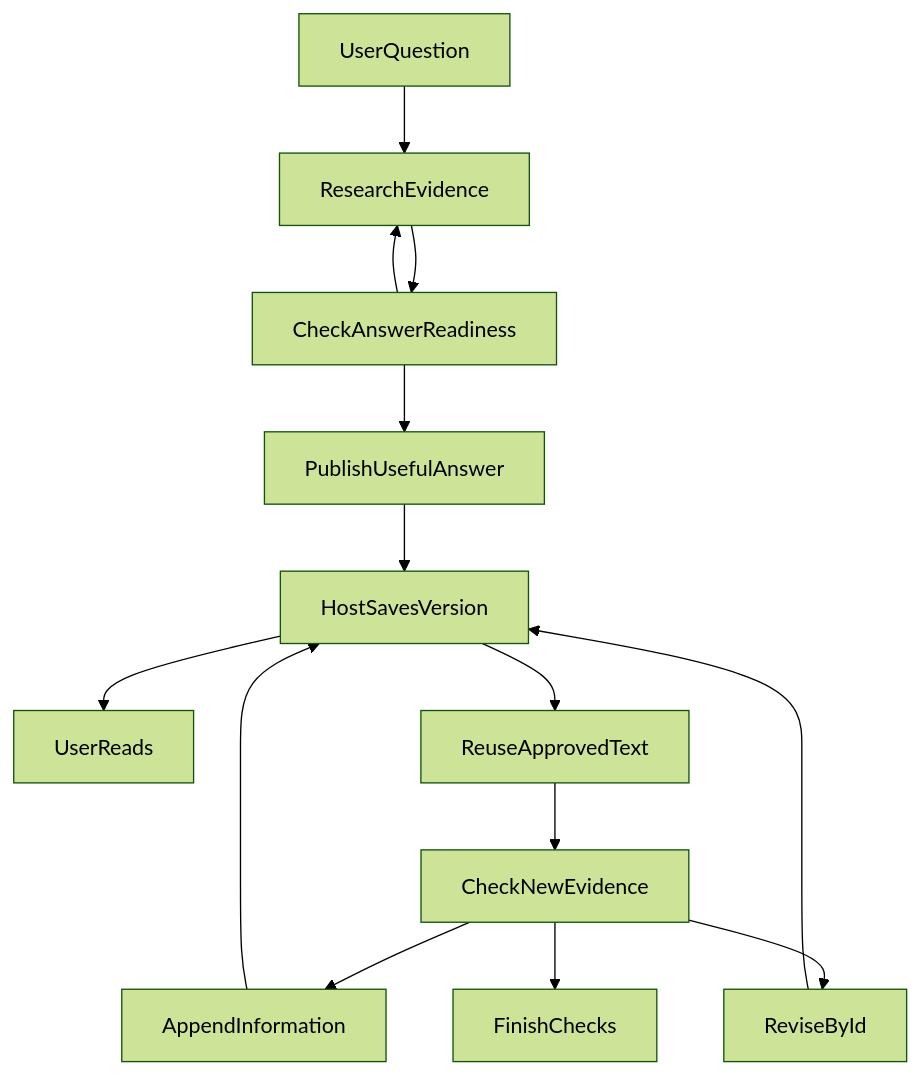
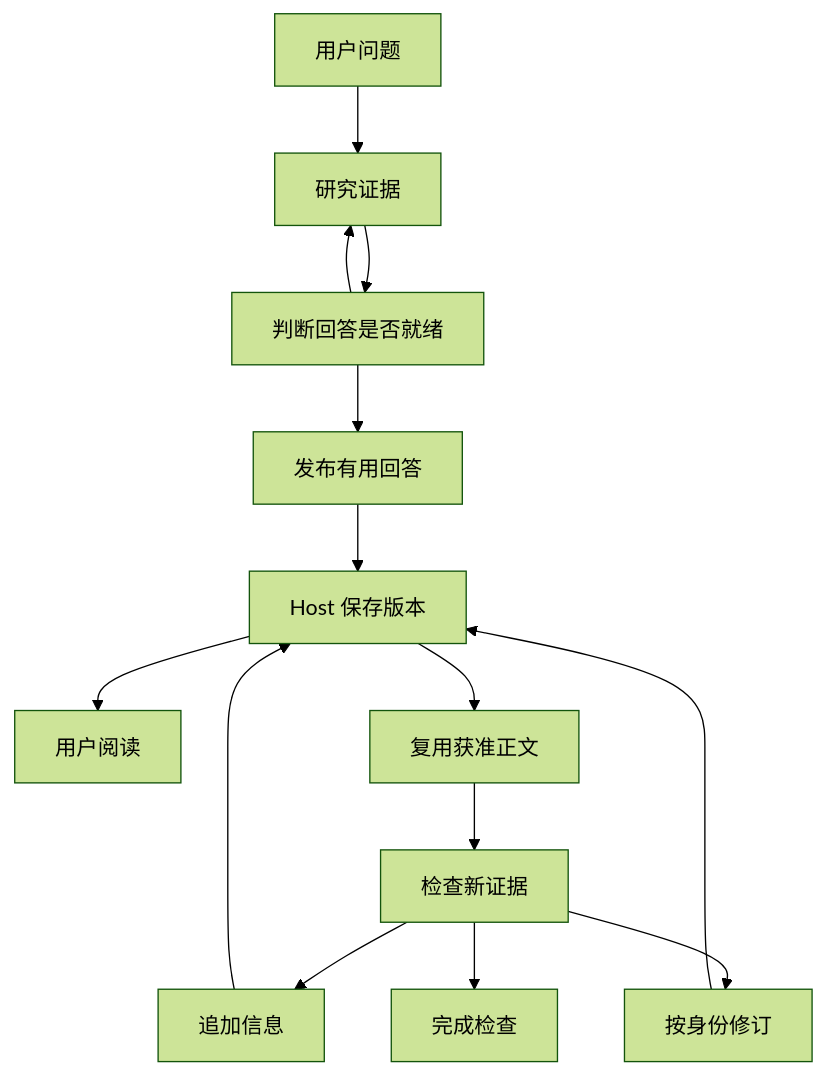
Before and after one commit to hpoenixf/eff-agent-article: the diagram in articles/agent-progressive-answer-coherence.md, drawn with Mermaid (forest theme). The commit also changed 52 other files, not shown here.

Commit message:
docs: localize diagrams and clarify flagship guides

````diff
--- a/articles/agent-progressive-answer-coherence.md
+++ b/articles/agent-progressive-answer-coherence.md
@@ -306,16 +306,16 @@
 ```mermaid
 graph TD
-UserQuestion --> ResearchEvidence
-ResearchEvidence --> CheckAnswerReadiness
+UserQuestion["用户问题"] --> ResearchEvidence["研究证据"]
+ResearchEvidence --> CheckAnswerReadiness["判断回答是否就绪"]
 CheckAnswerReadiness --> ResearchEvidence
-CheckAnswerReadiness --> PublishUsefulAnswer
-PublishUsefulAnswer --> HostSavesVersion
-HostSavesVersion --> UserReads
-HostSavesVersion --> ReuseApprovedText
-ReuseApprovedText --> CheckNewEvidence
-CheckNewEvidence --> AppendInformation
-CheckNewEvidence --> ReviseById
-CheckNewEvidence --> FinishChecks
+CheckAnswerReadiness --> PublishUsefulAnswer["发布有用回答"]
+PublishUsefulAnswer --> HostSavesVersion["Host 保存版本"]
+HostSavesVersion --> UserReads["用户阅读"]
+HostSavesVersion --> ReuseApprovedText["复用获准正文"]
+ReuseApprovedText --> CheckNewEvidence["检查新证据"]
+CheckNewEvidence --> AppendInformation["追加信息"]
+CheckNewEvidence --> ReviseById["按身份修订"]
+CheckNewEvidence --> FinishChecks["完成检查"]
 AppendInformation --> HostSavesVersion
 ReviseById --> HostSavesVersion
 ```
````
